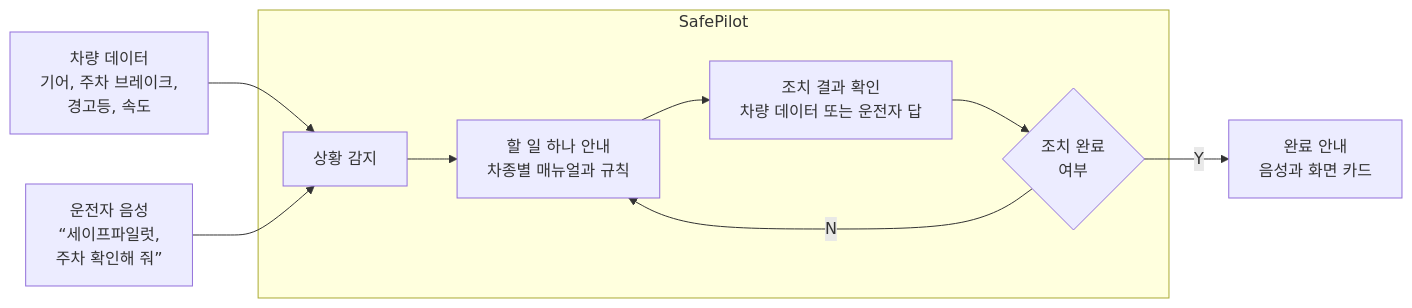
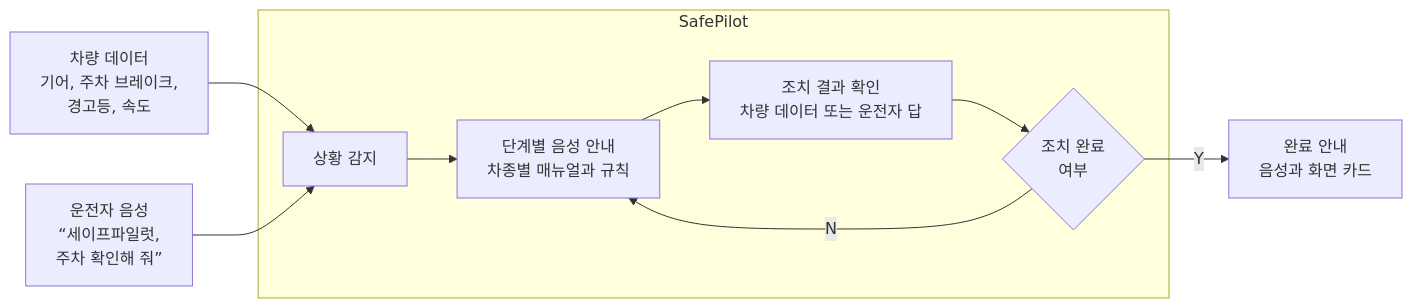
One commit to rex-next-labs/SafePilot changed the diagram in proposal/diagrams/01_how_it_works.mmd. Above: the diagram before and after it, drawn with Mermaid. The commit also changed 8 other files, not shown here.

```diff
--- a/proposal/diagrams/01_how_it_works.mmd
+++ b/proposal/diagrams/01_how_it_works.mmd
@@ -1,10 +1,10 @@
 flowchart LR
     A["차량 데이터<br/>기어, 주차 브레이크,<br/>경고등, 속도"] --> C
     B["운전자 음성<br/>“세이프파일럿,<br/>주차 확인해 줘”"] --> C
     subgraph SP["SafePilot"]
-        C["상황 감지"] --> D["할 일 하나 안내<br/>차종별 매뉴얼과 규칙"]
+        C["상황 감지"] --> D["단계별 음성 안내<br/>차종별 매뉴얼과 규칙"]
         D --> E["조치 결과 확인<br/>차량 데이터 또는 운전자 답"]
         E --> G{"조치 완료<br/>여부"}
         G -- "N" --> D
     end
     G -- "Y" --> F["완료 안내<br/>음성과 화면 카드"]
```
